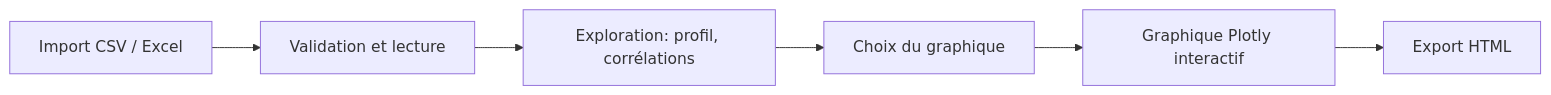
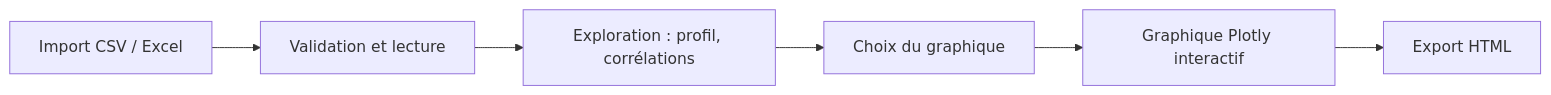
The diagram in README.md (Chaymae-El-Bahloul/GraphGen), drawn with Mermaid before and after one commit. The commit also changed other lines of this file, not shown here.

````diff
--- a/README.md
+++ b/README.md
@@ -37,8 +59,8 @@
 ```mermaid
 flowchart LR
     A[Import CSV / Excel] --> B[Validation et lecture]
-    B --> C[Exploration: profil, corrélations]
+    B --> C[Exploration : profil, corrélations]
     C --> D[Choix du graphique]
     D --> E[Graphique Plotly interactif]
     E --> F[Export HTML]
 ```
````
